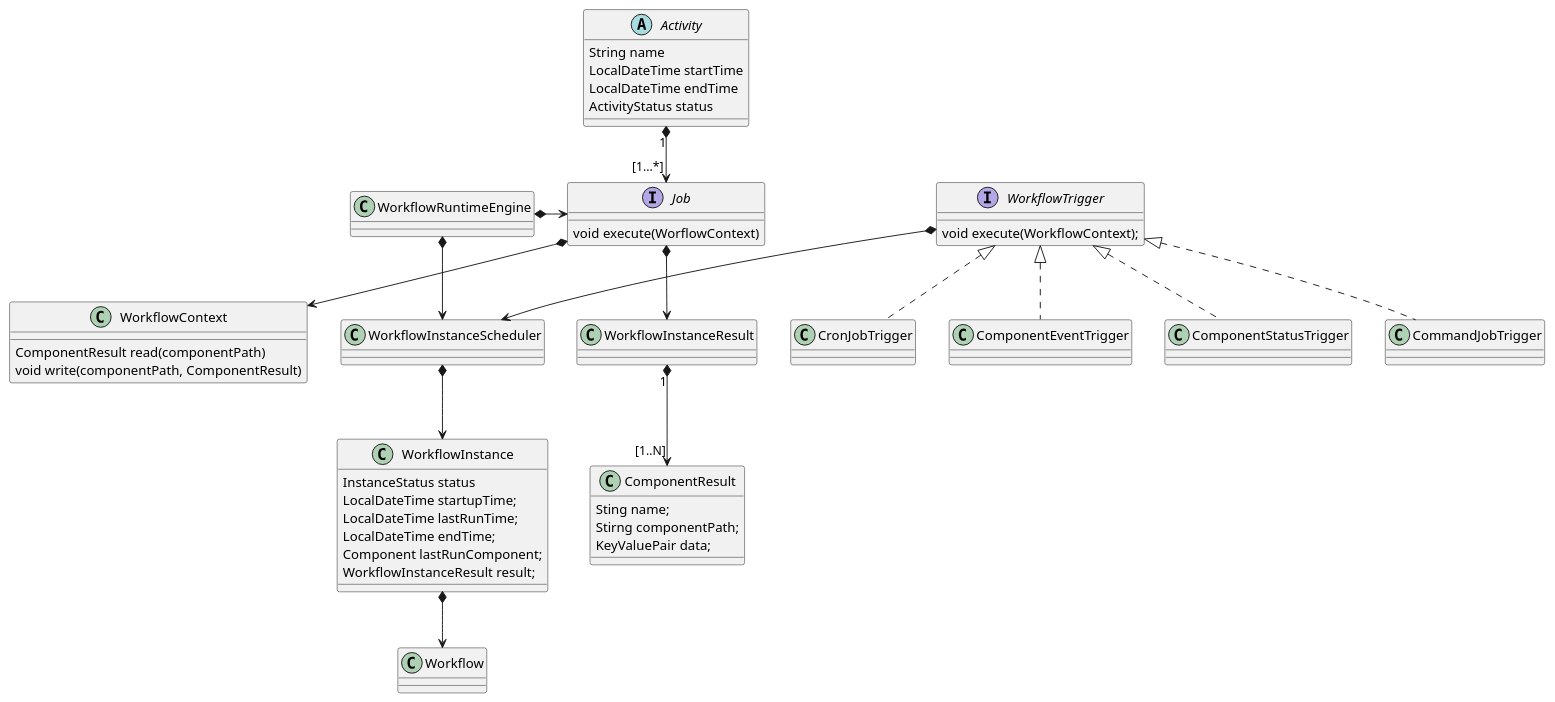
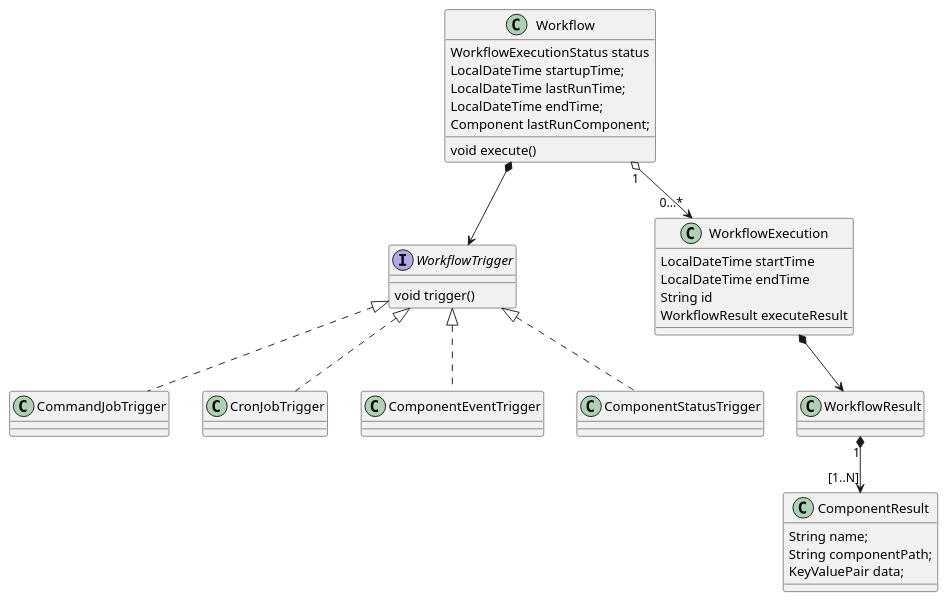
The diagram in doc/LeanEngineRuntimeDesignClassDiagram.puml (OneTeam-Lean/LeanEngine), drawn with PlantUML before and after one commit. The commit also changed 4 other files, not shown here.

```diff
--- a/doc/LeanEngineRuntimeDesignClassDiagram.puml
+++ b/doc/LeanEngineRuntimeDesignClassDiagram.puml
@@ -1,64 +1,57 @@
 @startuml
 
 interface WorkflowTrigger{
-  void execute(WorkflowContext);
+  void trigger()
 }
 
+Class WorkflowExecution{
+    LocalDateTime startTime
+    LocalDateTime endTime
+    String id
+    WorkflowResult executeResult
+}
+
+class Workflow{
+    WorkflowExecutionStatus status
+    LocalDateTime startupTime;
+    LocalDateTime lastRunTime;
+    LocalDateTime endTime;
+    Component lastRunComponent;
+    void execute()
+}
+
+class ComponentResult{
+    String name;
+    String componentPath;
+    KeyValuePair data;
+}
+
+'Abstract Class Activity{
+'    String name
+'    LocalDateTime startTime
+'    LocalDateTime endTime
+'    ActivityStatus status
+'}
+
+WorkflowExecution *--> WorkflowResult
+WorkflowResult "1" *--> "[1..N]" ComponentResult
+
+Workflow "1" o--> "0...*" WorkflowExecution
+'Activity "1" *-->  "[1...*]" Job
+
+'Job *--> WorkflowContext
+'Job *--> WorkflowResult
+
+'WorkflowRuntimeEngine *--> WorkflowInstanceScheduler
+'WorkflowRuntimeEngine *-> Job
+
+Workflow *--> WorkflowTrigger
 
 WorkflowTrigger <|.. CommandJobTrigger
 WorkflowTrigger <|.. CronJobTrigger
 WorkflowTrigger <|.. ComponentEventTrigger
 WorkflowTrigger <|.. ComponentStatusTrigger
 
-WorkflowTrigger *-->  WorkflowInstanceScheduler
-
-Class WorkflowRuntimeEngine
-
-Class WorkflowInstanceScheduler
-
-WorkflowRuntimeEngine *--> WorkflowInstanceScheduler
-WorkflowRuntimeEngine *-> Job
-
-WorkflowInstanceScheduler *--> WorkflowInstance
-
-Class WorkflowInstance{
-    InstanceStatus status
-    LocalDateTime startupTime;
-    LocalDateTime lastRunTime;
-    LocalDateTime endTime;
-    Component lastRunComponent;
-    WorkflowInstanceResult result;
-}
-
-WorkflowInstanceResult "1" *--> "[1..N]" ComponentResult
-class ComponentResult{
-    Sting name;
-    Stirng componentPath;
-    KeyValuePair data;
-}
-
-WorkflowInstance *--> Workflow
-
-Abstract Class Activity{
-    String name
-    LocalDateTime startTime
-    LocalDateTime endTime
-    ActivityStatus status
-}
-
-Class WorkflowContext{
-    ComponentResult read(componentPath)
-    void write(componentPath, ComponentResult)
-}
-
-interface Job{
-    void execute(WorflowContext)
-}
-
-Activity "1" *-->  "[1...*]" Job
-
-Job *--> WorkflowContext
-Job *--> WorkflowInstanceResult
-
+'WorkflowTrigger *-->  WorkflowInstanceScheduler
 
 @enduml
```
